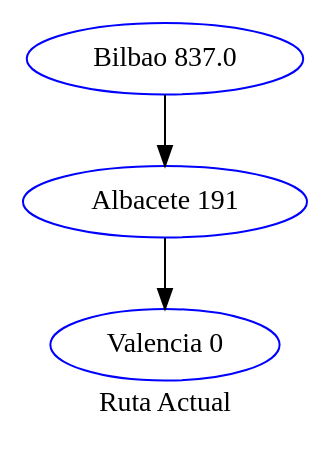
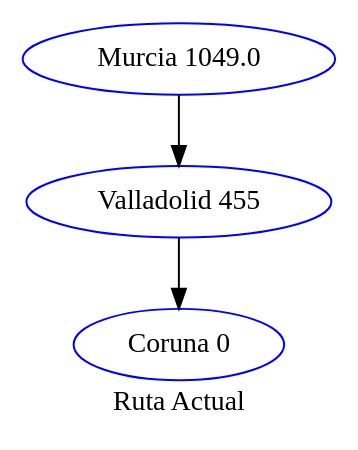
The diagram in rutaActual.dot (Rauqoz/EDD_Proyecto_2), drawn with Graphviz before and after one commit. The commit also changed 68 other files, not shown here.

```diff
--- a/rutaActual.dot
+++ b/rutaActual.dot
@@ -1,2 +1,2 @@
 digraph G { 
-node [style=circle, color = blue];"Bilbao 837.0" ->"Albacete 191" ->"Valencia 0"; label = "Ruta Actual";} 
+node [style=circle, color = blue];"Murcia 1049.0" ->"Valladolid 455" ->"Coruna 0"; label = "Ruta Actual";} 
```
